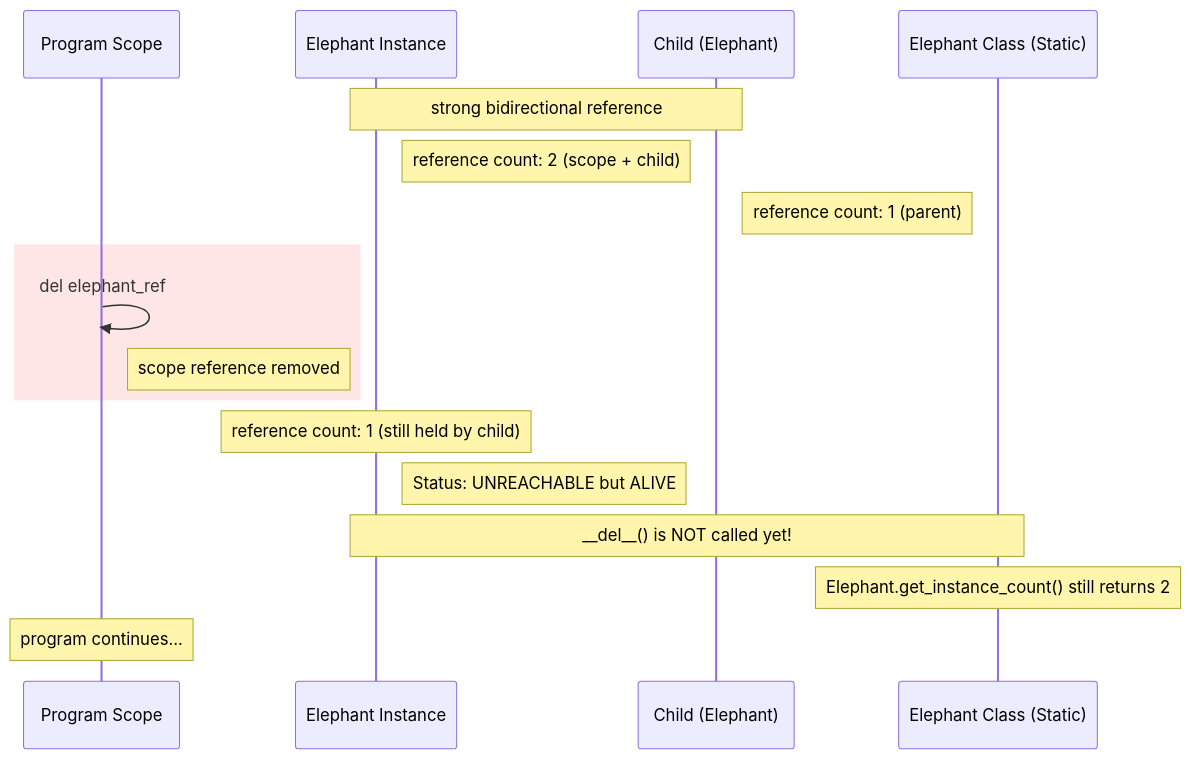
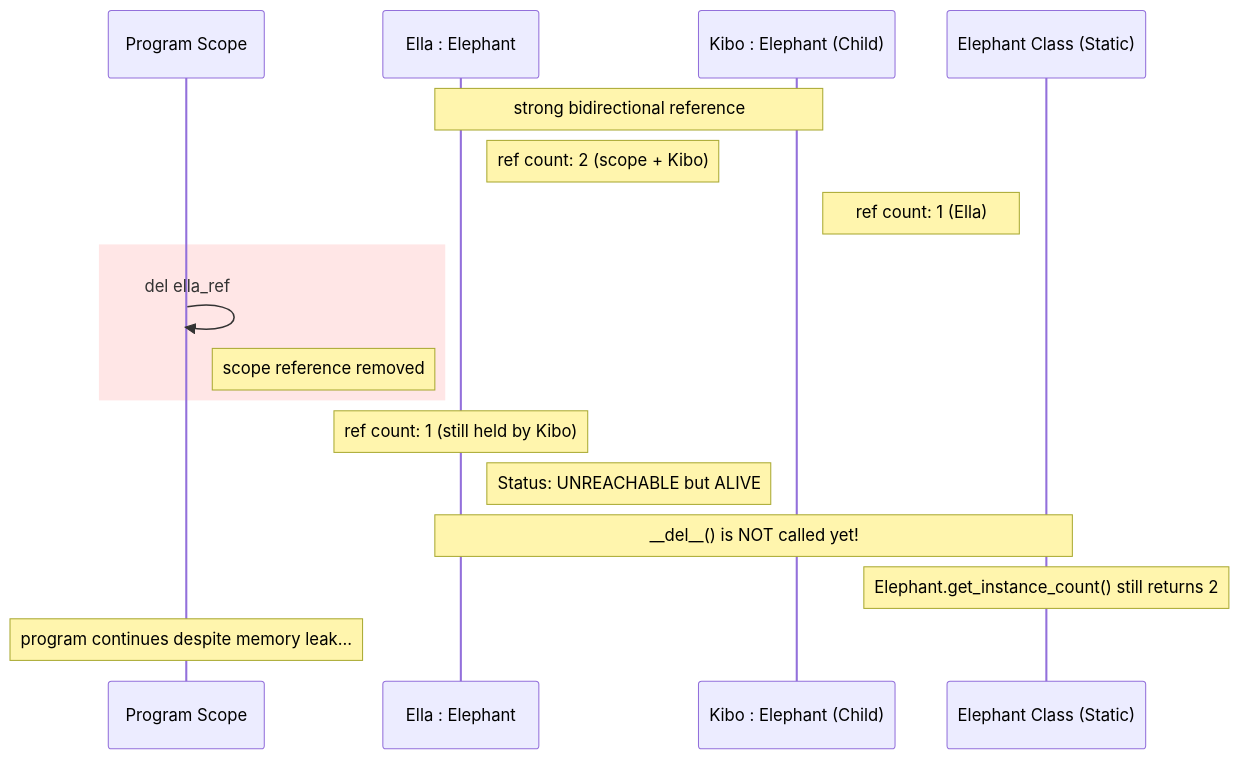
The second of 4 diagrams in src/student_projects/g07/docs/concept/diagrams/SequenceDiagrams.md (sebastianbichler/IU_2026_EF_LE_BER_VC_Python), drawn with Mermaid before and after one commit. The commit also changed other lines of this file and 3 other files, not shown here.

Commit message:
updated diagrams

````diff
--- a/src/student_projects/g07/docs/concept/diagrams/SequenceDiagrams.md
+++ b/src/student_projects/g07/docs/concept/diagrams/SequenceDiagrams.md
@@ -34,22 +43,22 @@
 ```mermaid
 sequenceDiagram
     participant P as Program Scope
-    participant E as Elephant Instance
-    participant C as Child (Elephant)
+    participant E as Ella : Elephant
+    participant K as Kibo : Elephant (Child)
     participant CL as Elephant Class (Static)
 
-    Note over E, C: strong bidirectional reference
-    Note right of E: reference count: 2 (scope + child)
-    Note right of C: reference count: 1 (parent)
+    Note over E, K: strong bidirectional reference
+    Note right of E: ref count: 2 (scope + Kibo)
+    Note right of K: ref count: 1 (Ella)
 
     rect rgb(255, 230, 230)
-        P ->> P: del elephant_ref
+        P ->> P: del ella_ref
         Note right of P: scope reference removed
     end
 
-    Note over E: reference count: 1 (still held by child)
+    Note over E: ref count: 1 (still held by Kibo)
     Note right of E: Status: UNREACHABLE but ALIVE
     Note over E, CL: __del__() is NOT called yet!
     Note over CL: Elephant.get_instance_count() still returns 2
-    Note over P: program continues...
+    Note over P: program continues despite memory leak...
 ```
````
